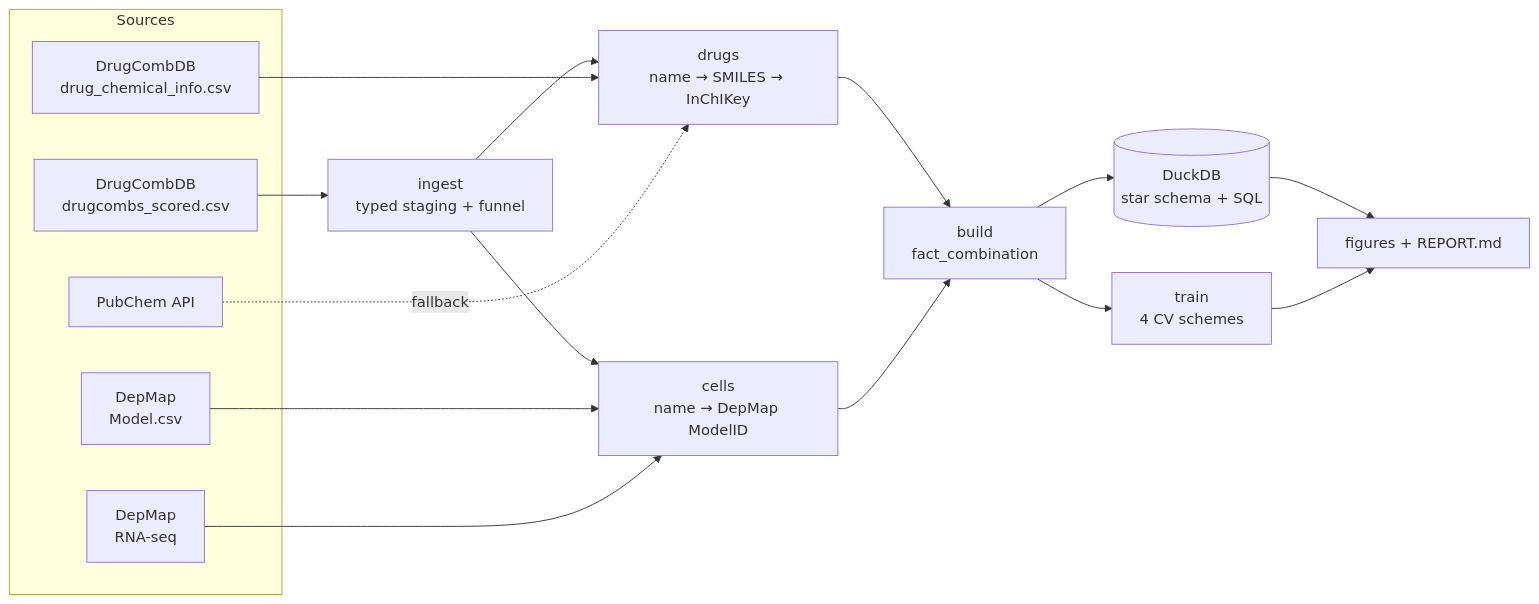
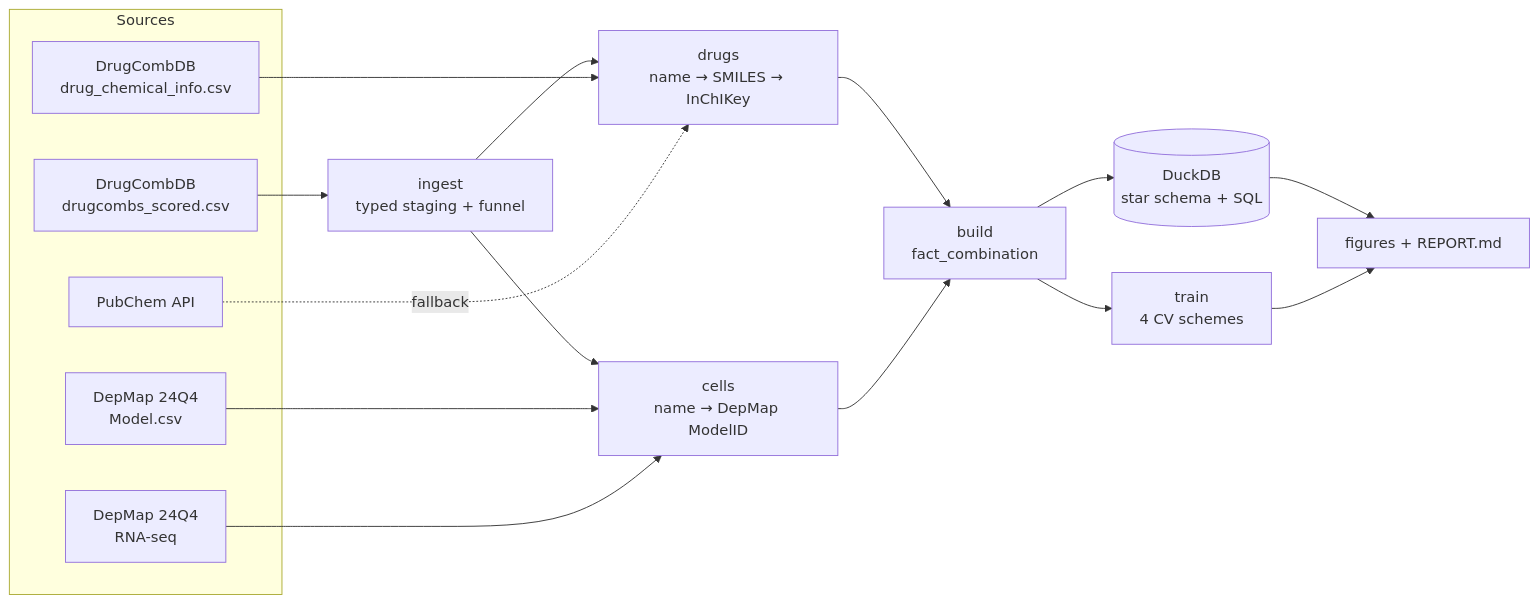
The diagram in README.md (korv9/DrugComb-Synergy-Prediction), drawn with Mermaid before and after one commit. The commit also changed other lines of this file and 43 other files, not shown here.

````diff
--- a/README.md
+++ b/README.md
@@ -28,23 +80,23 @@
 ```mermaid
 flowchart LR
     subgraph Sources
         A[DrugCombDB<br/>drugcombs_scored.csv]
         B[DrugCombDB<br/>drug_chemical_info.csv]
         C[PubChem API]
-        D[DepMap<br/>Model.csv]
-        E[DepMap<br/>RNA-seq]
+        D[DepMap 24Q4<br/>Model.csv]
+        E[DepMap 24Q4<br/>RNA-seq]
     end
     A --> I[ingest<br/>typed staging + funnel]
     I --> R1[drugs<br/>name → SMILES → InChIKey]
     B --> R1
     C -. fallback .-> R1
     I --> R2[cells<br/>name → DepMap ModelID]
     D --> R2
     E --> R2
     R1 --> F[build<br/>fact_combination]
     R2 --> F
     F --> W[(DuckDB<br/>star schema + SQL)]
     F --> M[train<br/>4 CV schemes]
     W --> G[figures + REPORT.md]
     M --> G
 ```
````
